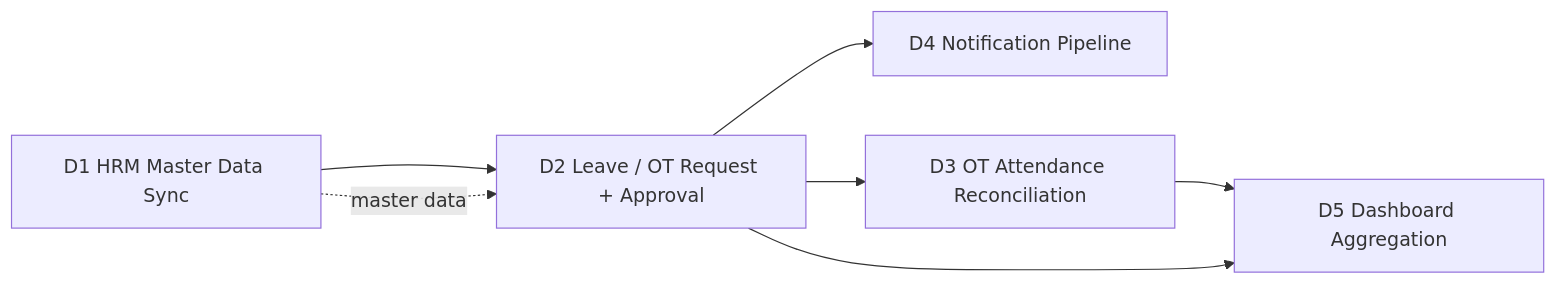
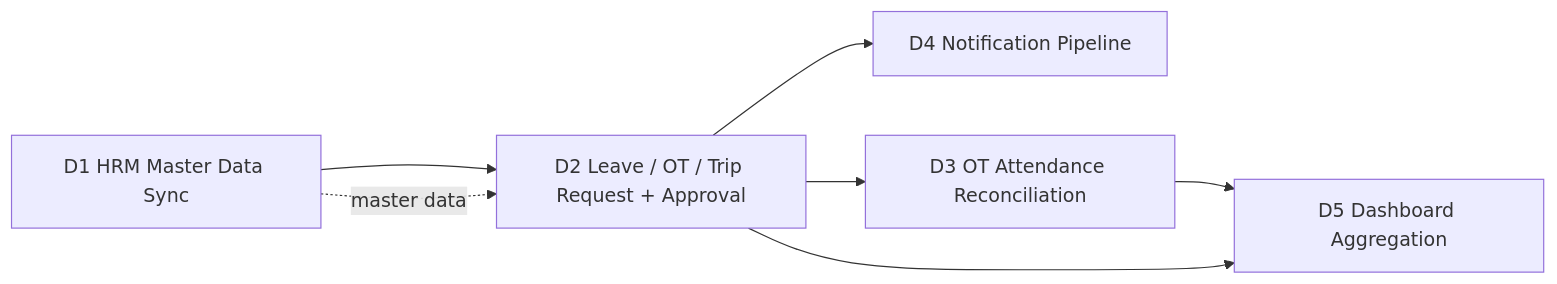
Before and after one commit to Nang0559/Reggister: the third of 4 diagrams in MÔ HÌNH/00_INDEX.md, drawn with Mermaid. The commit also changed other lines of this file, not shown here.

Commit message:
docs(trip): add Trip to architecture index

````diff
--- a/MÔ HÌNH/00_INDEX.md
+++ b/MÔ HÌNH/00_INDEX.md
@@ -93,9 +97,9 @@
 ```mermaid
 flowchart LR
-    D1[D1 HRM Master Data Sync] --> D2[D2 Leave / OT Request + Approval]
+    D1[D1 HRM Master Data Sync] --> D2[D2 Leave / OT / Trip Request + Approval]
     D2 --> D4[D4 Notification Pipeline]
     D2 --> D3[D3 OT Attendance Reconciliation]
     D3 --> D5[D5 Dashboard Aggregation]
     D2 --> D5
     D1 -. master data .-> D2
 ```
````
